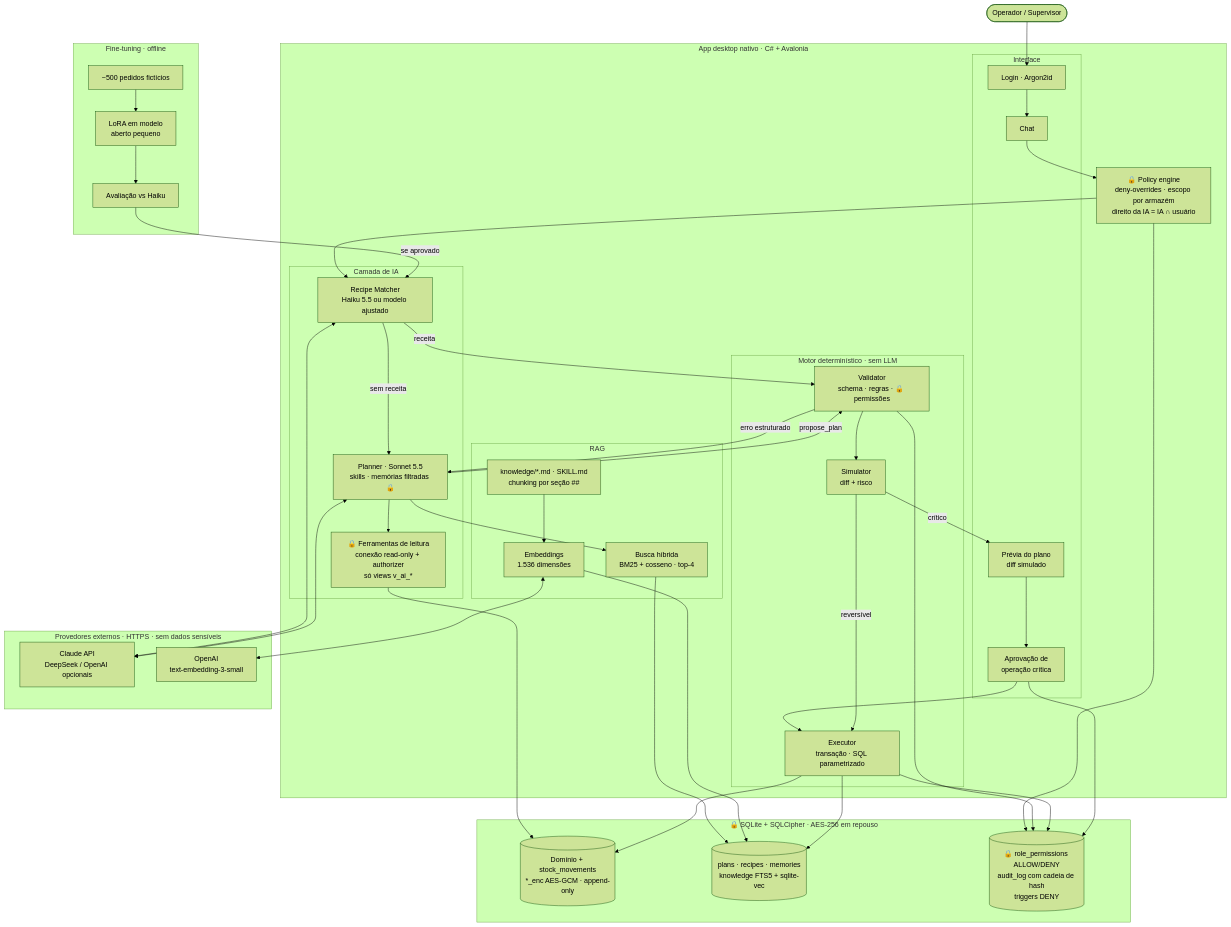
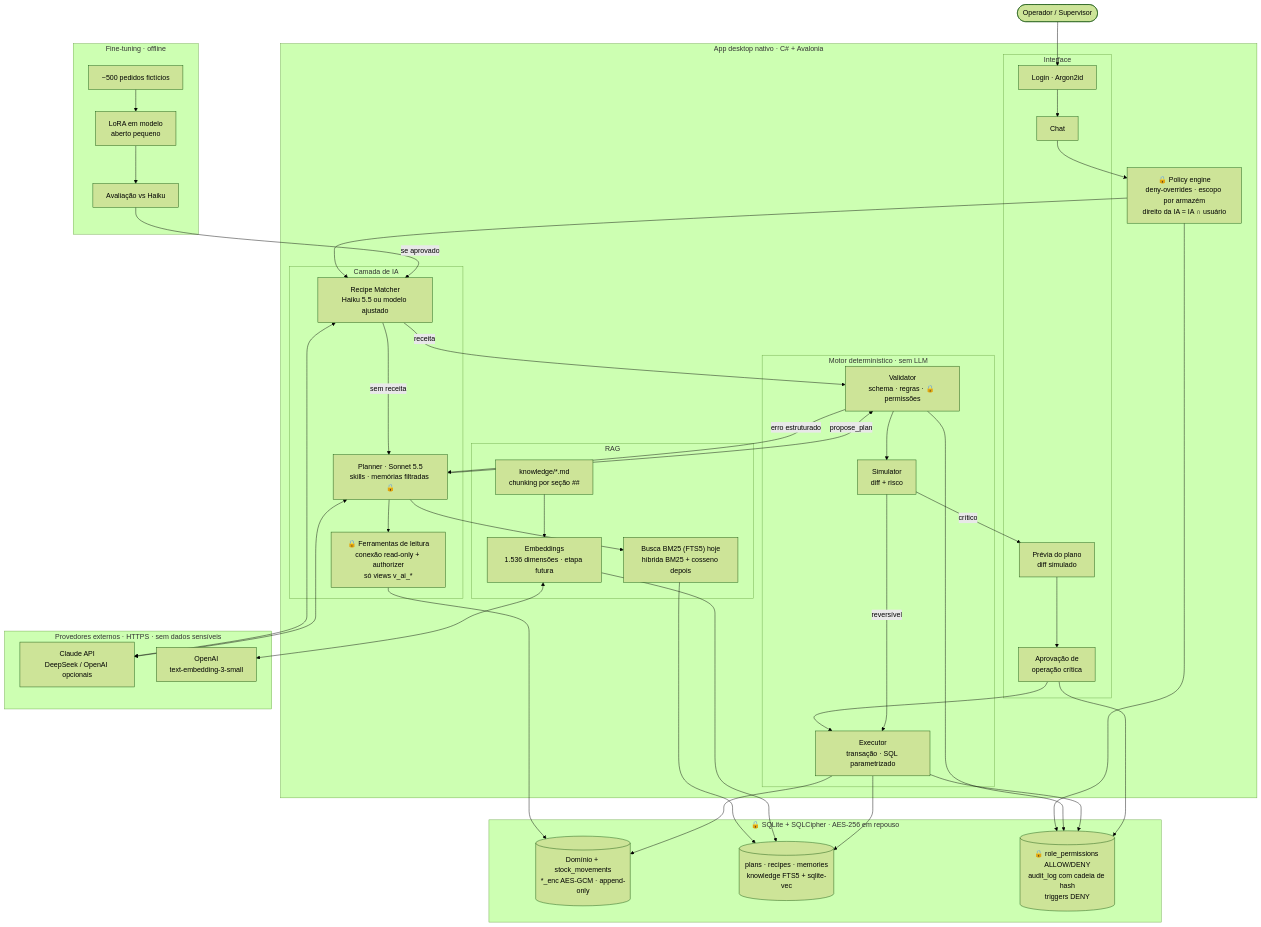
One commit to DevSamuelSCesar/ERP-Inteligente changed the first of 6 diagrams in references/DIAGRAMAS.md. Above: the diagram before and after it, drawn with Mermaid (forest theme). The commit also changed 60 other files, not shown here.

````diff
--- a/references/DIAGRAMAS.md
+++ b/references/DIAGRAMAS.md
@@ -10,72 +10,72 @@
 ```mermaid
 flowchart TB
     OP(["Operador / Supervisor"])
 
     subgraph APP["App desktop nativo · C# + Avalonia"]
         subgraph UI["Interface"]
             LOGIN["Login · Argon2id"]
             CHAT["Chat"]
             PREV["Prévia do plano<br/>diff simulado"]
             APRV["Aprovação de<br/>operação crítica"]
         end
 
         POL["🔒 Policy engine<br/>deny-overrides · escopo por armazém<br/>direito da IA = IA ∩ usuário"]
 
         subgraph AI["Camada de IA"]
             RM["Recipe Matcher<br/>Haiku 5.5 ou modelo ajustado"]
             PL["Planner · Sonnet 5.5<br/>skills · memórias filtradas 🔒"]
             ROCONN["🔒 Ferramentas de leitura<br/>conexão read-only + authorizer<br/>só views v_ai_*"]
         end
 
         subgraph RAG["RAG"]
-            CHK["knowledge/*.md · SKILL.md<br/>chunking por seção ##"]
-            EMB["Embeddings<br/>1.536 dimensões"]
-            HYB["Busca híbrida<br/>BM25 + cosseno · top-4"]
+            CHK["knowledge/*.md<br/>chunking por seção ##"]
+            EMB["Embeddings<br/>1.536 dimensões · etapa futura"]
+            HYB["Busca BM25 (FTS5) hoje<br/>híbrida BM25 + cosseno depois"]
         end
 
         subgraph ENG["Motor determinístico · sem LLM"]
             VAL["Validator<br/>schema · regras · 🔒 permissões"]
             SIM["Simulator<br/>diff + risco"]
             EXE["Executor<br/>transação · SQL parametrizado"]
         end
     end
 
     subgraph EXT["Provedores externos · HTTPS · sem dados sensíveis"]
         CLAUDE["Claude API<br/>DeepSeek / OpenAI opcionais"]
         OAI["OpenAI<br/>text-embedding-3-small"]
     end
 
     subgraph FT["Fine-tuning · offline"]
         FTD["~500 pedidos fictícios"]
         FTM["LoRA em modelo<br/>aberto pequeno"]
         FTE["Avaliação vs Haiku"]
     end
 
     subgraph DB["🔒 SQLite + SQLCipher · AES-256 em repouso"]
         DATA[("Domínio + stock_movements<br/>*_enc AES-GCM · append-only")]
         AIDATA[("plans · recipes · memories<br/>knowledge FTS5 + sqlite-vec")]
         SEC[("🔒 role_permissions ALLOW/DENY<br/>audit_log com cadeia de hash<br/>triggers DENY")]
     end
 
     OP --> LOGIN --> CHAT --> POL --> RM
     RM -- "receita" --> VAL
     RM -- "sem receita" --> PL
     RM <--> CLAUDE
     PL <--> CLAUDE
     PL --> ROCONN --> DATA
     PL --> HYB --> AIDATA
     CHK --> EMB --> AIDATA
     EMB <--> OAI
     PL -- "propose_plan" --> VAL
     VAL -- "erro estruturado" --> PL
     VAL --> SIM
     SIM -- "crítico" --> PREV --> APRV --> EXE
     SIM -- "reversível" --> EXE
     EXE --> DATA
     EXE --> AIDATA
     POL --> SEC
     VAL --> SEC
     EXE --> SEC
     APRV --> SEC
     FTD --> FTM --> FTE -- "se aprovado" --> RM
 ```
````
